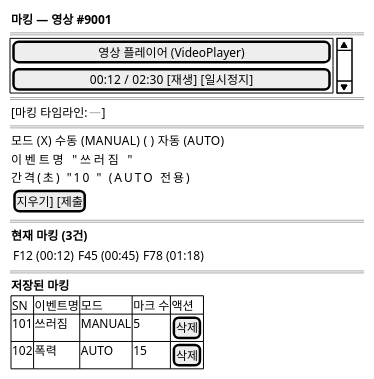
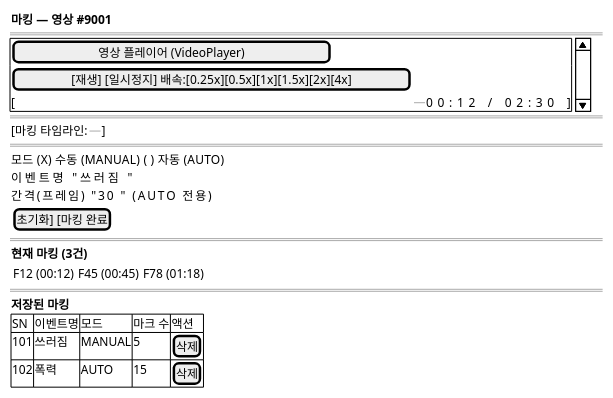
Diagram 27 of 27 in docs/design/D2-사용자인터페이스설계서.md (New-stella/klid-label), drawn with PlantUML before and after one commit. The commit also changed other lines of this file and 3 other files, not shown here.

````diff
--- a/docs/design/D2-사용자인터페이스설계서.md
+++ b/docs/design/D2-사용자인터페이스설계서.md
@@ -1893,35 +1897,36 @@
 ```plantuml
 @startsalt
 {
   { <b>마킹 — 영상 #9001 }
   ==
   {SI
     [         영상 플레이어 (VideoPlayer)         ]
-    [  00:12 / 02:30  [재생] [일시정지]           ]
+    [ [재생] [일시정지]  배속:[0.25x][0.5x][1x][1.5x][2x][4x] ]
+    [ |-----O-----------|  00:12 / 02:30                      ]
   }
   ==
   { [마킹 타임라인: |--*----*--*-----------|  ] }
   ==
   {
     모드  (X) 수동 (MANUAL)  ( ) 자동 (AUTO)
     이벤트명 "쓰러짐          "
-    간격(초) "10              " (AUTO 전용)
-    { [지우기] [제출] }
+    간격(프레임) "30              " (AUTO 전용)
+    { [초기화] [마킹 완료] }
   }
   ==
   {
     <b>현재 마킹 (3건)
     { {F12 (00:12)} {F45 (00:45)} {F78 (01:18)} }
   }
   ==
   {
     <b>저장된 마킹
     {#
       SN  | 이벤트명 | 모드   | 마크 수 | 액션
       101 | 쓰러짐   | MANUAL | 5       | [삭제]
       102 | 폭력     | AUTO   | 15      | [삭제]
     }
   }
 }
 @endsalt
 ```
````
